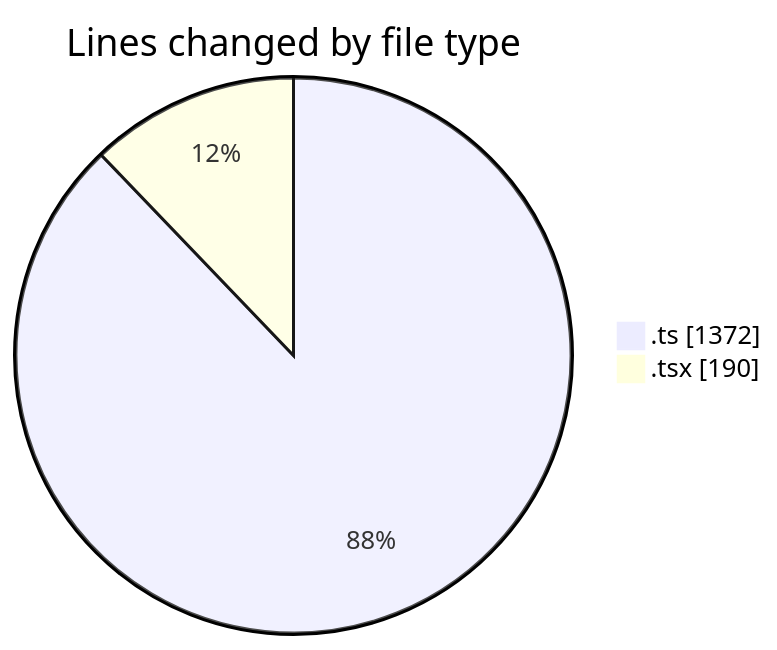
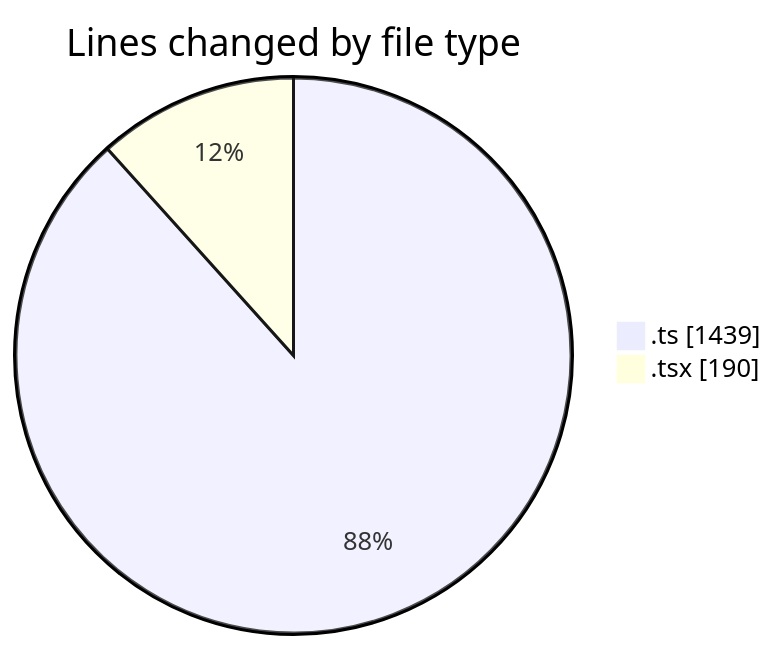
Before and after one commit to nxtqubesakshisongat/code-tracking: the first of 2 diagrams in 2026-03-04/nxtqube_webapp/README.md, drawn with Mermaid. The commit also changed other lines of this file and 1 other file, not shown here.

````diff
--- a/2026-03-04/nxtqube_webapp/README.md
+++ b/2026-03-04/nxtqube_webapp/README.md
@@ -23,6 +23,6 @@
 ```mermaid
 pie showData
 title Lines changed by file type
-".ts" : 1372
+".ts" : 1439
 ".tsx" : 190
 ```
````
